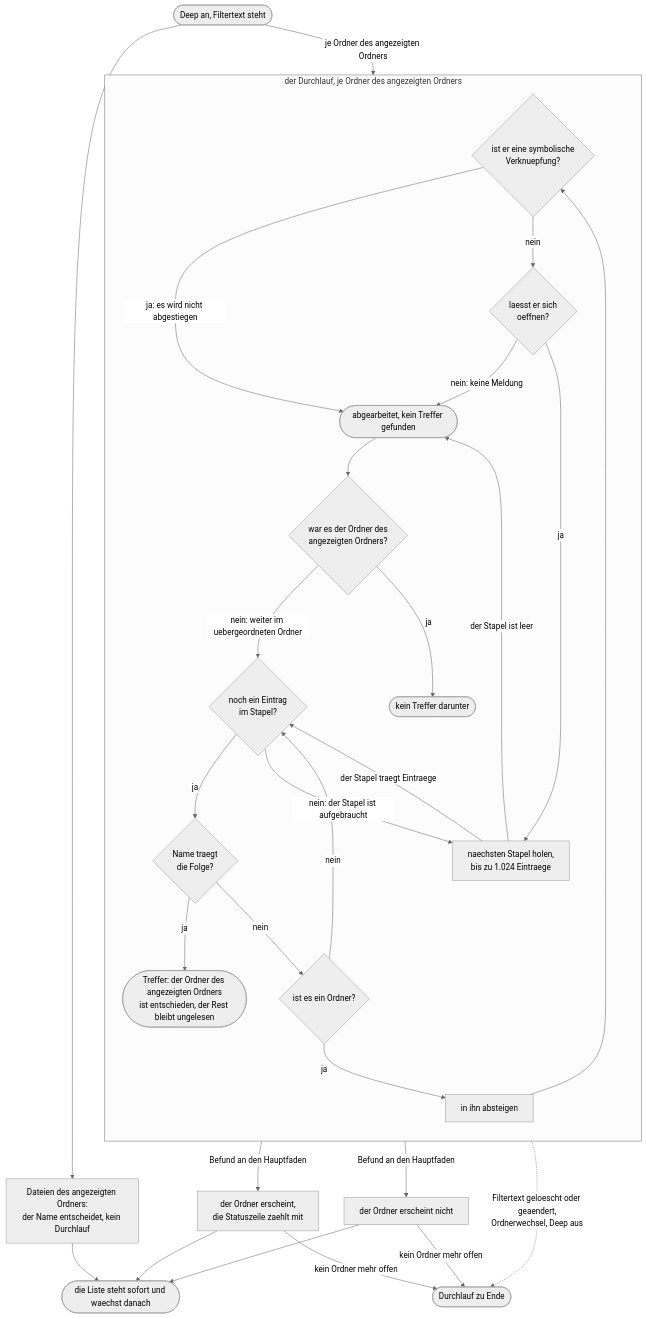
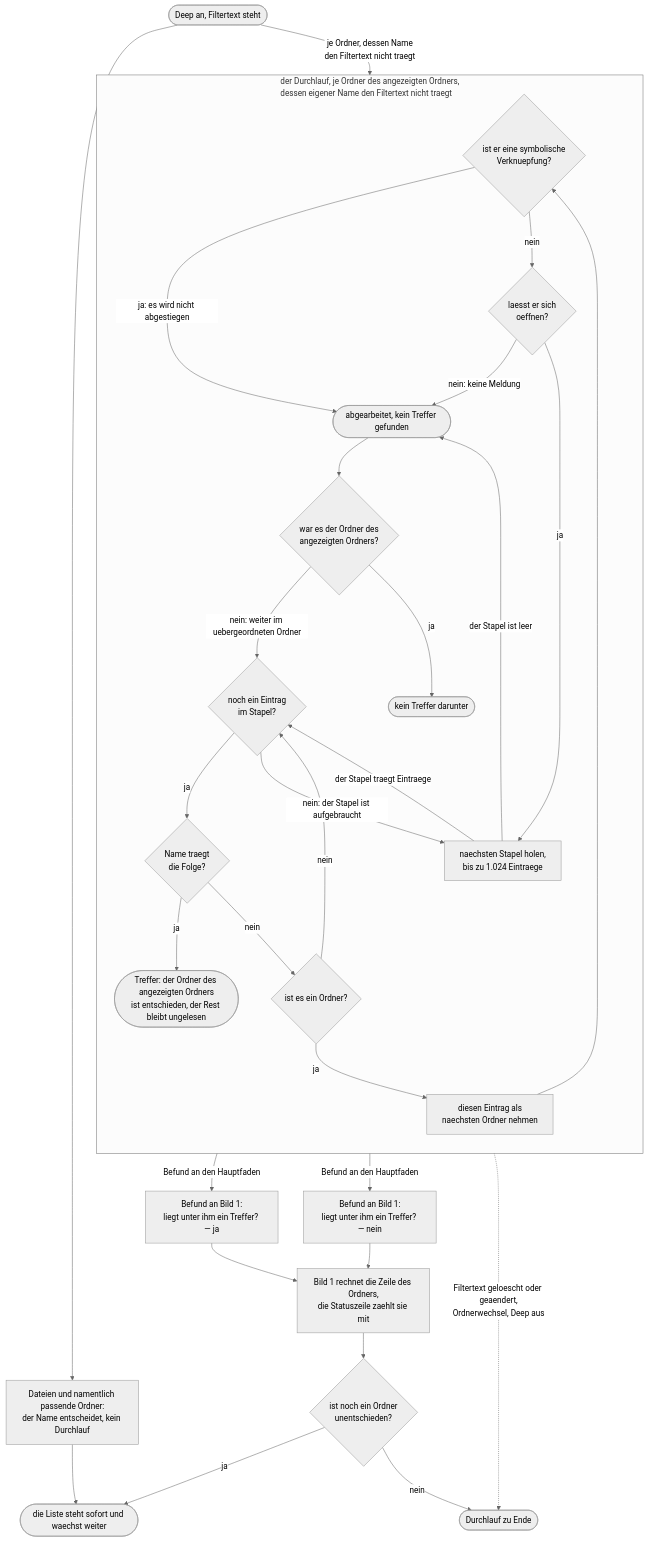
Before and after one commit to tenzoki/krk: the second of 3 diagrams in fusion-workbench/circles/260814-1551-tippen-filtert-dateiliste-flach-und-tief/planning/260814-1830_o_spec-tippen-filtert-dateiliste-flach-und-tief.md, drawn with Mermaid (neutral theme). The commit also changed other lines of this file and 9 other files, not shown here.

````diff
--- a/fusion-workbench/circles/260814-1551-tippen-filtert-dateiliste-flach-und-tief/planning/260814-1830_o_spec-tippen-filtert-dateiliste-flach-und-tief.md
+++ b/fusion-workbench/circles/260814-1551-tippen-filtert-dateiliste-flach-und-tief/planning/260814-1830_o_spec-tippen-filtert-dateiliste-flach-und-tief.md
@@ -139,52 +146,55 @@
 ```mermaid
 flowchart TD
     START(["Deep an, Filtertext steht"])
-    SOFORT["Dateien des angezeigten Ordners:<br/>der Name entscheidet, kein Durchlauf"]
-    LISTE(["die Liste steht sofort und waechst danach"])
+    SOFORT["Dateien und namentlich passende Ordner:<br/>der Name entscheidet, kein Durchlauf"]
+    LISTE(["die Liste steht sofort und waechst weiter"])
 
-    subgraph DURCHLAUF["der Durchlauf, je Ordner des angezeigten Ordners"]
+    subgraph DURCHLAUF["der Durchlauf, je Ordner des angezeigten Ordners,<br/>dessen eigener Name den Filtertext nicht traegt"]
         direction TB
         VERKN{"ist er eine symbolische<br/>Verknuepfung?"}
         OEFFNEN{"laesst er sich<br/>oeffnen?"}
         STAPEL["naechsten Stapel holen,<br/>bis zu 1.024 Eintraege"]
         NOCH{"noch ein Eintrag<br/>im Stapel?"}
         PRUEF{"Name traegt<br/>die Folge?"}
         IST{"ist es ein Ordner?"}
-        ABST["in ihn absteigen"]
+        ABST["diesen Eintrag als<br/>naechsten Ordner nehmen"]
         TREFFER(["Treffer: der Ordner des angezeigten Ordners<br/>ist entschieden, der Rest bleibt ungelesen"])
         FERTIG(["abgearbeitet, kein Treffer gefunden"])
         ZURUECK{"war es der Ordner des<br/>angezeigten Ordners?"}
         KEIN(["kein Treffer darunter"])
     end
 
-    ZEIGEN["der Ordner erscheint,<br/>die Statuszeile zaehlt mit"]
-    WEGLASSEN["der Ordner erscheint nicht"]
+    UJA["Befund an Bild 1:<br/>liegt unter ihm ein Treffer? — ja"]
+    UNEIN["Befund an Bild 1:<br/>liegt unter ihm ein Treffer? — nein"]
+    RECHNUNG["Bild 1 rechnet die Zeile des Ordners,<br/>die Statuszeile zaehlt sie mit"]
+    OFFEN{"ist noch ein Ordner<br/>unentschieden?"}
     ENDE(["Durchlauf zu Ende"])
 
     START --> SOFORT
     SOFORT --> LISTE
-    START -->|"je Ordner des angezeigten Ordners"| VERKN
+    START -->|"je Ordner, dessen Name<br/>den Filtertext nicht traegt"| VERKN
     VERKN -->|"ja: es wird nicht abgestiegen"| FERTIG
     VERKN -->|nein| OEFFNEN
     OEFFNEN -->|"nein: keine Meldung"| FERTIG
     OEFFNEN -->|ja| STAPEL
     STAPEL -->|"der Stapel traegt Eintraege"| NOCH
     STAPEL -->|"der Stapel ist leer"| FERTIG
     NOCH -->|ja| PRUEF
     NOCH -->|"nein: der Stapel ist aufgebraucht"| STAPEL
     PRUEF -->|ja| TREFFER
     PRUEF -->|nein| IST
     IST -->|nein| NOCH
     IST -->|ja| ABST
     ABST --> VERKN
     FERTIG --> ZURUECK
     ZURUECK -->|"nein: weiter im uebergeordneten Ordner"| NOCH
     ZURUECK -->|ja| KEIN
-    TREFFER -->|"Befund an den Hauptfaden"| ZEIGEN
-    KEIN -->|"Befund an den Hauptfaden"| WEGLASSEN
-    ZEIGEN --> LISTE
-    WEGLASSEN --> LISTE
-    ZEIGEN -->|"kein Ordner mehr offen"| ENDE
-    WEGLASSEN -->|"kein Ordner mehr offen"| ENDE
+    TREFFER -->|"Befund an den Hauptfaden"| UJA
+    KEIN -->|"Befund an den Hauptfaden"| UNEIN
+    UJA --> RECHNUNG
+    UNEIN --> RECHNUNG
+    RECHNUNG --> OFFEN
+    OFFEN -->|ja| LISTE
+    OFFEN -->|nein| ENDE
     STAPEL -.->|"Filtertext geloescht oder geaendert,<br/>Ordnerwechsel, Deep aus"| ENDE
 ```
````
